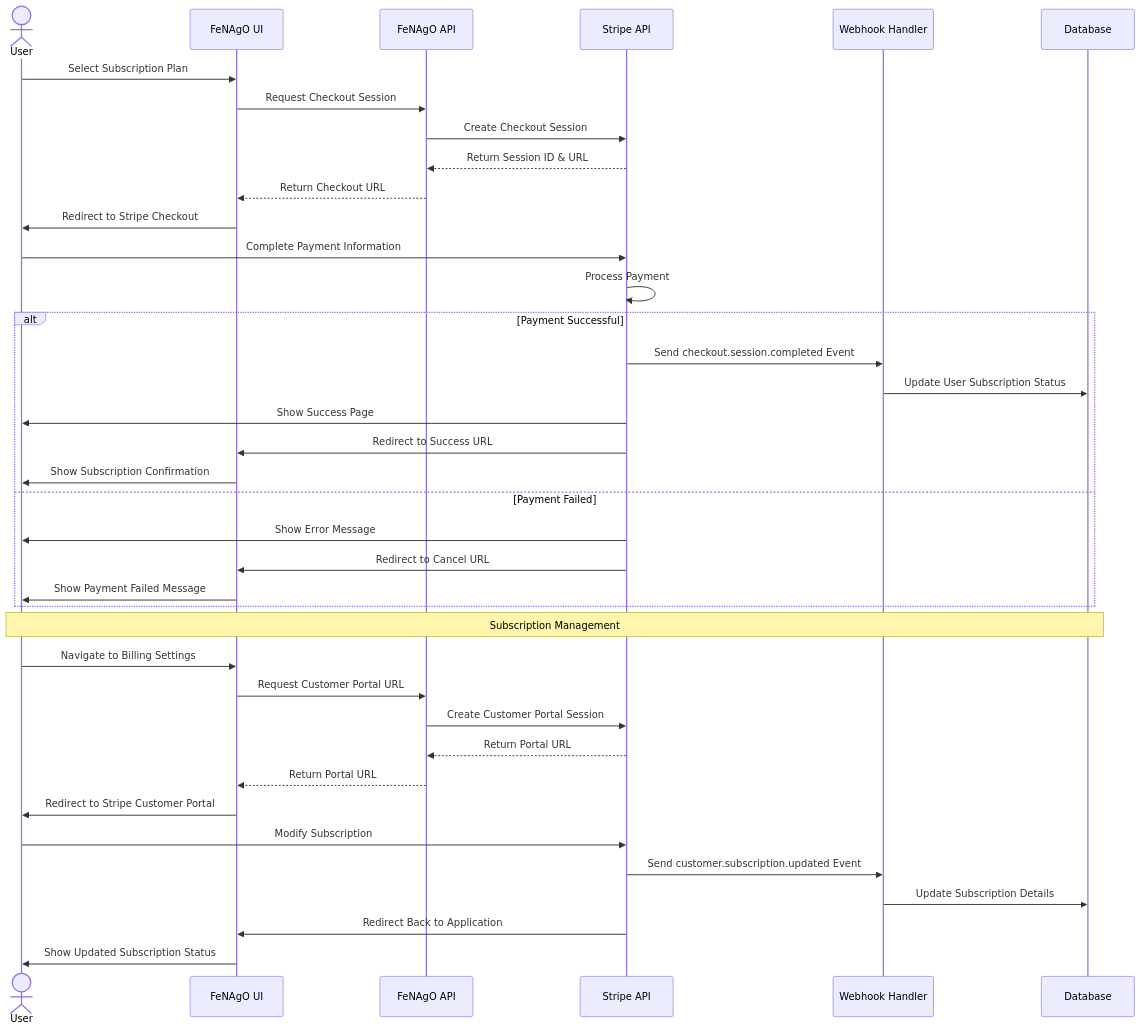
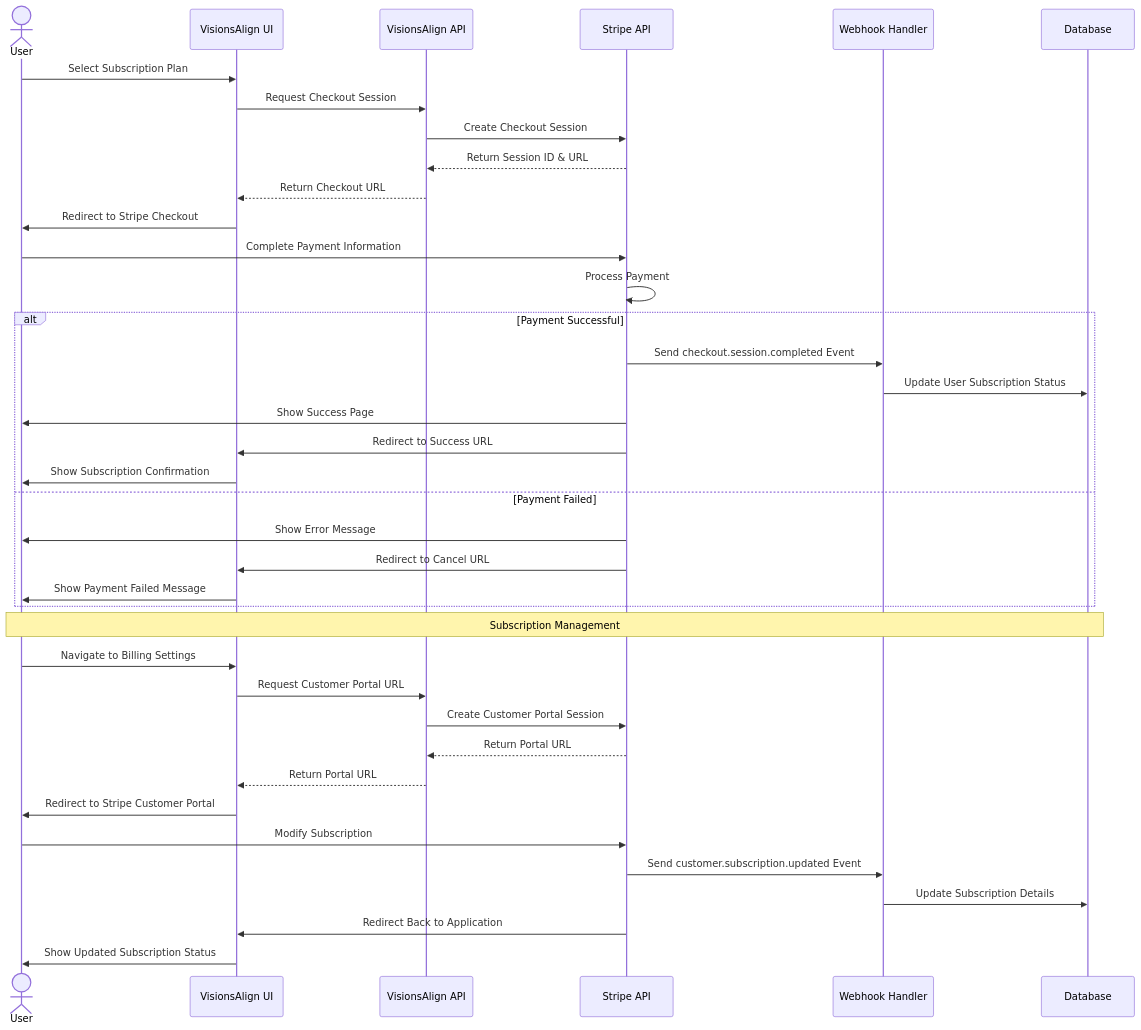
The diagram in DevPlanDocs/mermaid-payment-subscription-flow.md (EladioAMendez/visions_align), drawn with Mermaid before and after one commit. The commit also changed other lines of this file and 38 other files, not shown here.

````diff
--- a/DevPlanDocs/mermaid-payment-subscription-flow.md
+++ b/DevPlanDocs/mermaid-payment-subscription-flow.md
@@ -5,46 +5,46 @@
 ```mermaid
 sequenceDiagram
     actor User
-    participant UI as FeNAgO UI
-    participant API as FeNAgO API
+    participant UI as VisionsAlign UI
+    participant API as VisionsAlign API
     participant Stripe as Stripe API
     participant Webhook as Webhook Handler
     participant DB as Database
     
     User->>UI: Select Subscription Plan
     UI->>API: Request Checkout Session
     API->>Stripe: Create Checkout Session
     Stripe-->>API: Return Session ID & URL
     API-->>UI: Return Checkout URL
     UI->>User: Redirect to Stripe Checkout
     
     User->>Stripe: Complete Payment Information
     Stripe->>Stripe: Process Payment
     
     alt Payment Successful
         Stripe->>Webhook: Send checkout.session.completed Event
         Webhook->>DB: Update User Subscription Status
         Stripe->>User: Show Success Page
         Stripe->>UI: Redirect to Success URL
         UI->>User: Show Subscription Confirmation
     else Payment Failed
         Stripe->>User: Show Error Message
         Stripe->>UI: Redirect to Cancel URL
         UI->>User: Show Payment Failed Message
     end
     
     Note over User,DB: Subscription Management
     
     User->>UI: Navigate to Billing Settings
     UI->>API: Request Customer Portal URL
     API->>Stripe: Create Customer Portal Session
     Stripe-->>API: Return Portal URL
     API-->>UI: Return Portal URL
     UI->>User: Redirect to Stripe Customer Portal
     
     User->>Stripe: Modify Subscription
     Stripe->>Webhook: Send customer.subscription.updated Event
     Webhook->>DB: Update Subscription Details
     Stripe->>UI: Redirect Back to Application
     UI->>User: Show Updated Subscription Status
 ```
````
